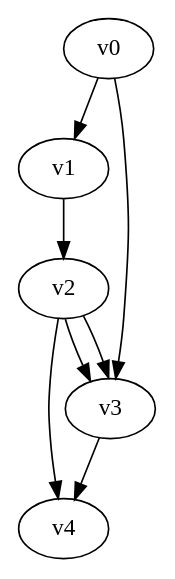
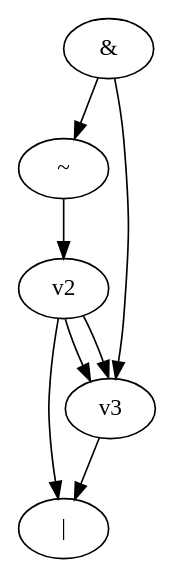
Before and after one commit to yadej/graph_project: the diagram in tmp.dot, drawn with Graphviz. The commit also changed 3 other files, not shown here.

```diff
--- a/tmp.dot
+++ b/tmp.dot
@@ -1,7 +1,10 @@
 digraph G { 
+v0[label="&"]; 
+v1[label="~"]; 
+v4[label="|"]; 
 v0 -> v1 -> v2;
 v0 -> v3 -> v4;
 v2 -> v3;
 v2 -> v3;
 v2 -> v4;
 }
```
